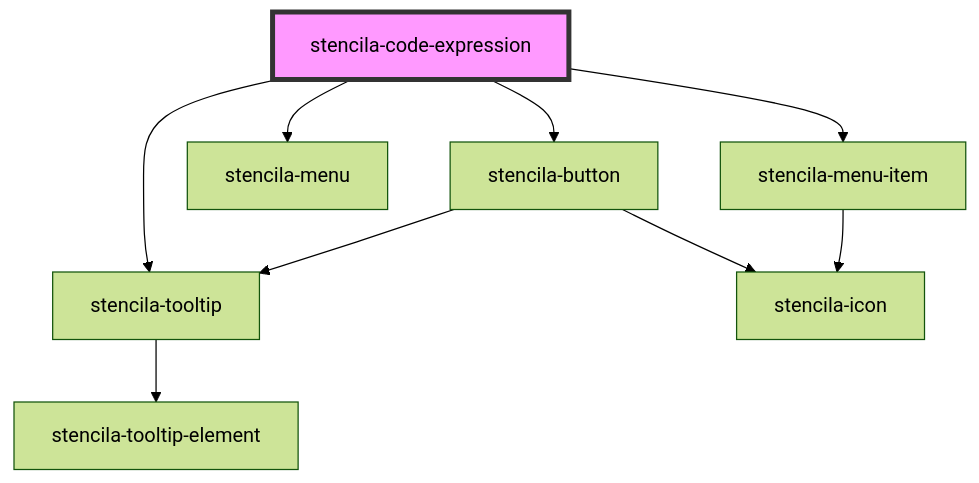
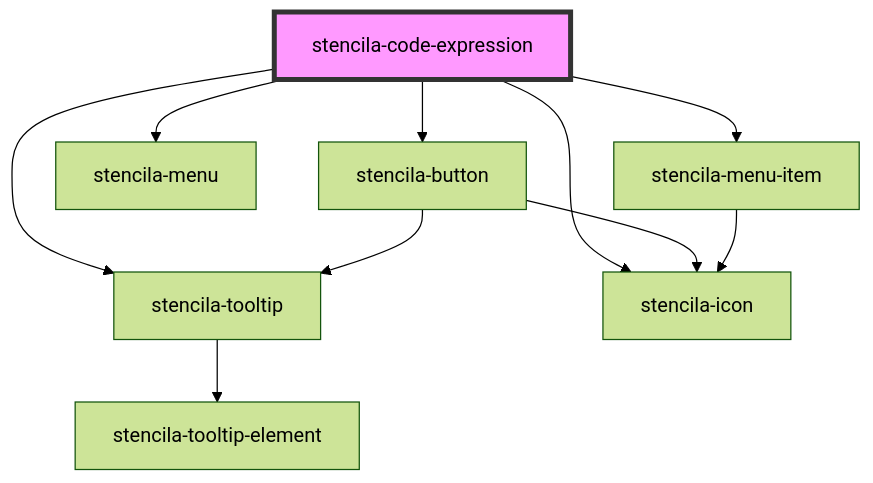
Before and after one commit to stencila/designa: the diagram in packages/components/src/components/codeExpression/readme.md, drawn with Mermaid (forest theme). The commit also changed other lines of this file and 15 other files, not shown here.

````diff
--- a/packages/components/src/components/codeExpression/readme.md
+++ b/packages/components/src/components/codeExpression/readme.md
@@ -87,12 +95,13 @@
 ```mermaid
 graph TD;
   stencila-code-expression --> stencila-button
   stencila-code-expression --> stencila-tooltip
+  stencila-code-expression --> stencila-icon
   stencila-code-expression --> stencila-menu
   stencila-code-expression --> stencila-menu-item
   stencila-button --> stencila-icon
   stencila-button --> stencila-tooltip
   stencila-tooltip --> stencila-tooltip-element
   stencila-menu-item --> stencila-icon
   style stencila-code-expression fill:#f9f,stroke:#333,stroke-width:4px
 ```
````
